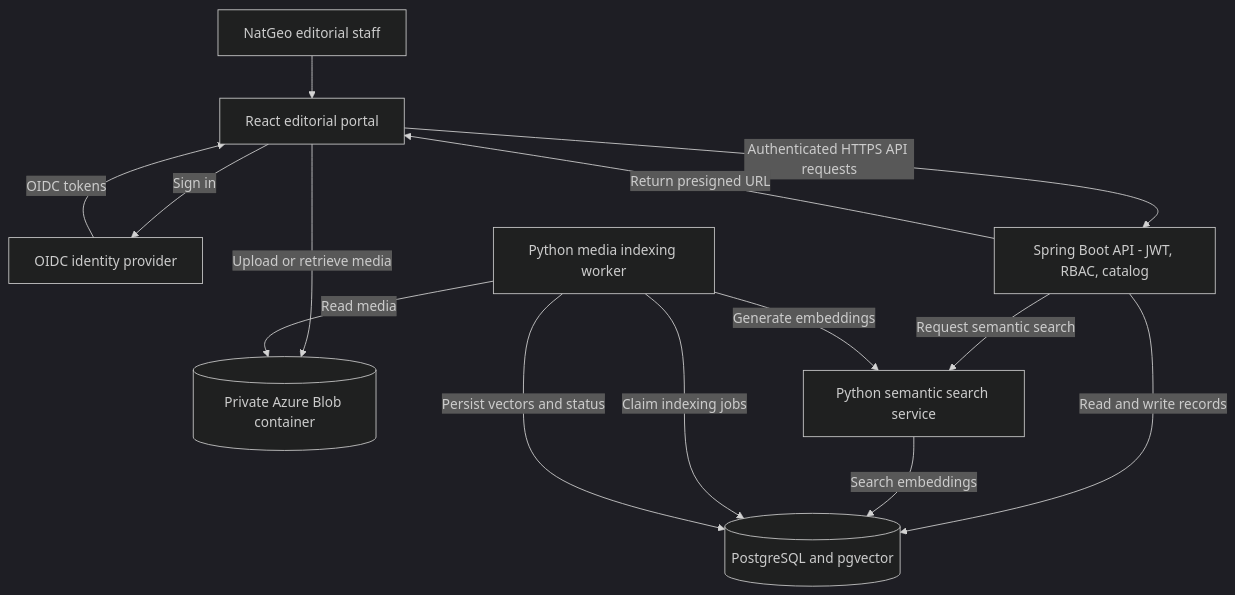
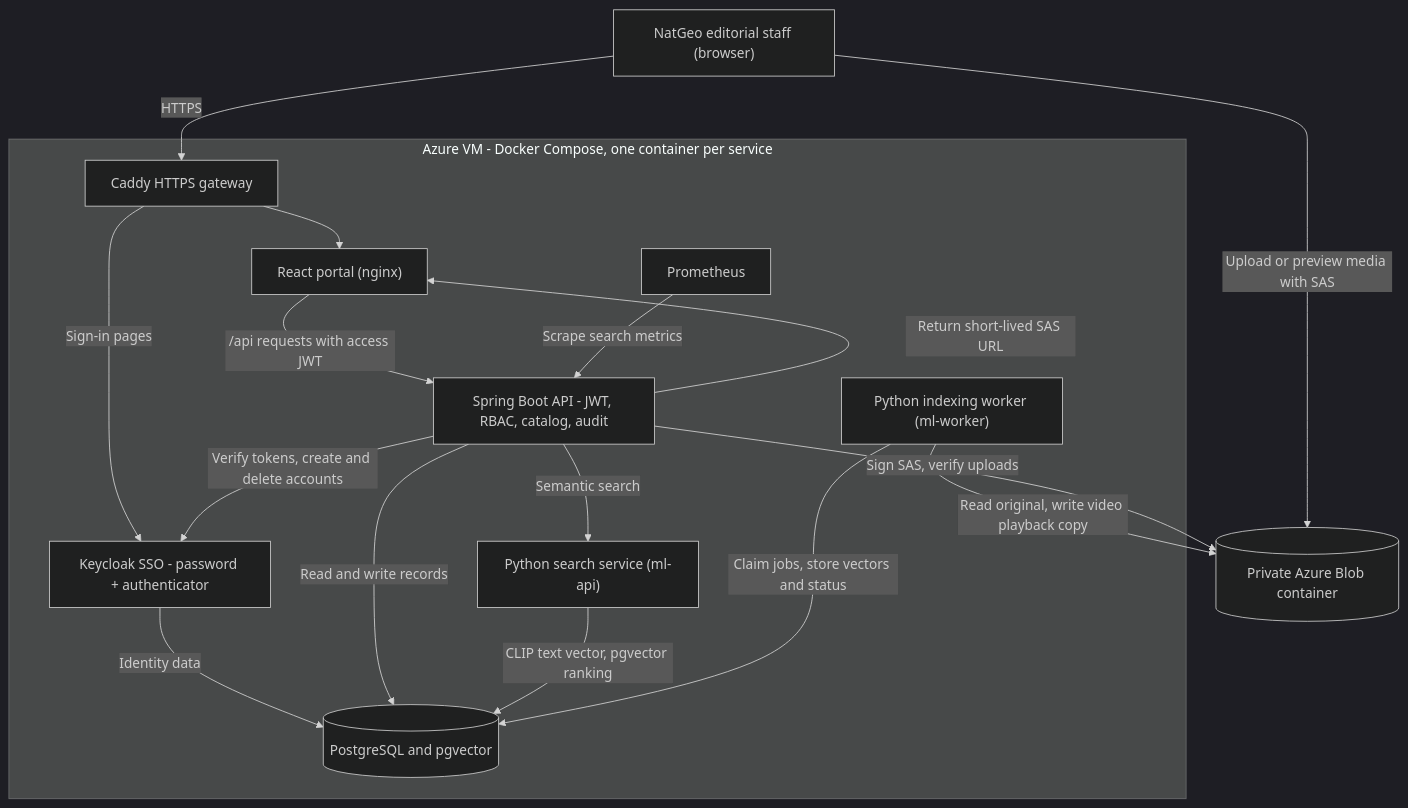
The first of 6 diagrams in README.md (sagarparker/CMPE_272_PROJECT), drawn with Mermaid (dark theme) before and after one commit. The commit also changed other lines of this file, not shown here.

First line of the commit message:
docs(readme): align architecture and workflows with the implemented system

````diff
--- a/README.md
+++ b/README.md
@@ -78,25 +78,31 @@
 ```mermaid
 flowchart TB
-    STAFF["NatGeo editorial staff"]
-    WEB["React editorial portal"]
-    IDP["OIDC identity provider"]
-    API["Spring Boot API - JWT, RBAC, catalog"]
-    PG[("PostgreSQL and pgvector")]
+    STAFF["NatGeo editorial staff (browser)"]
     BLOB[("Private Azure Blob container")]
-    ML["Python semantic search service"]
-    WORK["Python media indexing worker"]
+    subgraph VM["Azure VM - Docker Compose, one container per service"]
+        EDGE["Caddy HTTPS gateway"]
+        WEB["React portal (nginx)"]
+        IDP["Keycloak SSO - password + authenticator"]
+        API["Spring Boot API - JWT, RBAC, catalog, audit"]
+        ML["Python search service (ml-api)"]
+        WORK["Python indexing worker (ml-worker)"]
+        PG[("PostgreSQL and pgvector")]
+        PROM["Prometheus"]
+    end
 
-    STAFF --> WEB
-    WEB -->|Sign in| IDP
-    IDP -->|OIDC tokens| WEB
-    WEB -->|Authenticated HTTPS API requests| API
+    STAFF -->|HTTPS| EDGE
+    EDGE -->|Sign-in pages| IDP
+    EDGE --> WEB
+    WEB -->|/api requests with access JWT| API
+    API -->|Verify tokens, create and delete accounts| IDP
+    IDP -->|Identity data| PG
     API -->|Read and write records| PG
-    API -->|Request semantic search| ML
-    ML -->|Search embeddings| PG
-    API -->|Return presigned URL| WEB
-    WEB -->|Upload or retrieve media| BLOB
-    WORK -->|Claim indexing jobs| PG
-    WORK -->|Read media| BLOB
-    WORK -->|Generate embeddings| ML
-    WORK -->|Persist vectors and status| PG
+    API -->|Semantic search| ML
+    ML -->|CLIP text vector, pgvector ranking| PG
+    API -->|Return short-lived SAS URL| WEB
+    STAFF -->|Upload or preview media with SAS| BLOB
+    WORK -->|Claim jobs, store vectors and status| PG
+    WORK -->|Read original, write video playback copy| BLOB
+    API -->|Sign SAS, verify uploads| BLOB
+    PROM -->|Scrape search metrics| API
 ```
````
